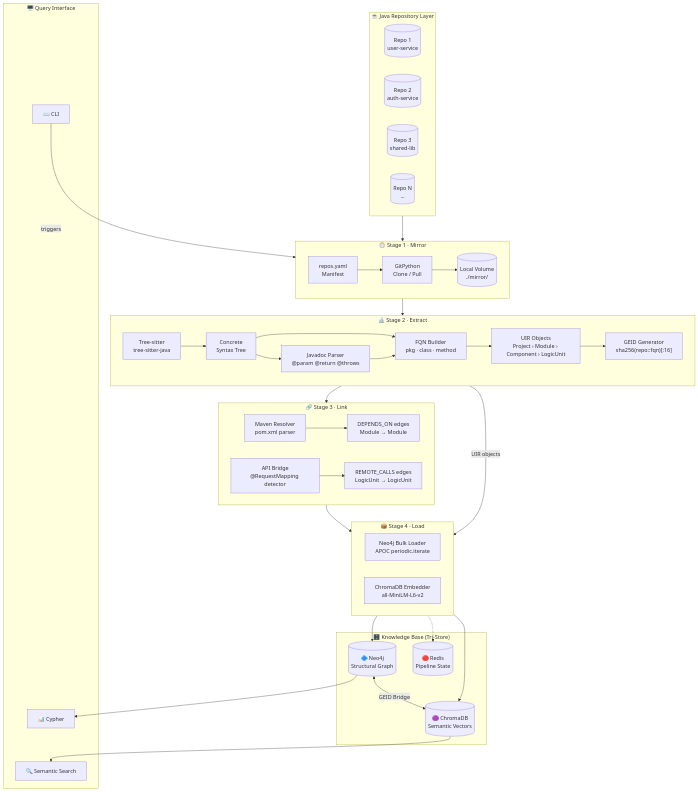
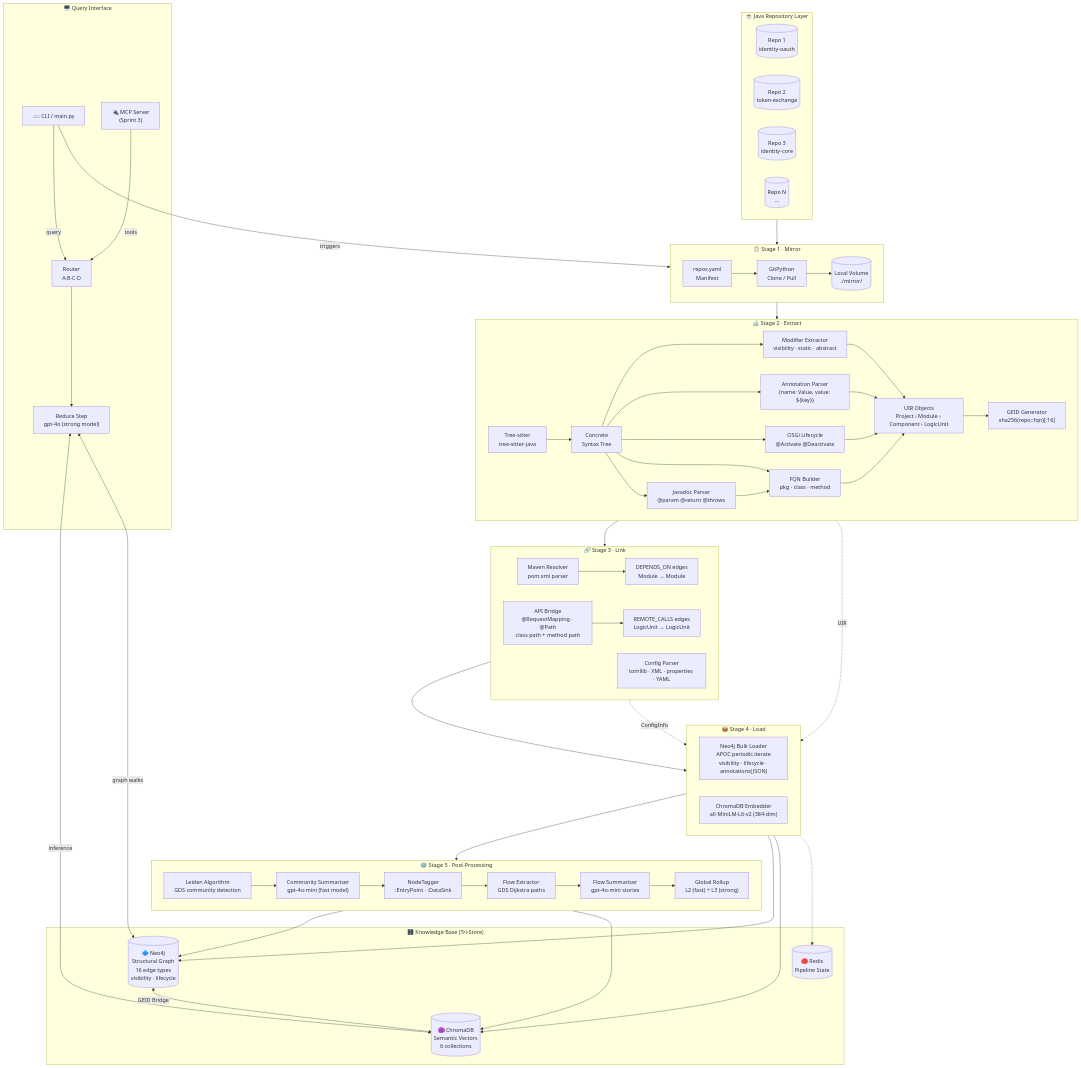
Before and after one commit to Bin4yi/nexus: the diagram in docs/PHASE01_DIAGRAM_EXPLAINED.md, drawn with Mermaid. The commit also changed other lines of this file and 20 other files, not shown here.

````diff
--- a/docs/PHASE01_DIAGRAM_EXPLAINED.md
+++ b/docs/PHASE01_DIAGRAM_EXPLAINED.md
@@ -12,9 +12,9 @@
 flowchart TB
     subgraph SRC ["☕  Java Repository Layer"]
         direction LR
-        R1[("Repo 1\nuser-service")]
-        R2[("Repo 2\nauth-service")]
-        R3[("Repo 3\nshared-lib")]
+        R1[("Repo 1\nidentity-oauth")]
+        R2[("Repo 2\ntoken-exchange")]
+        R3[("Repo 3\nidentity-core")]
         RN[("Repo N\n...")]
     end
 
@@ -29,46 +29,70 @@
         TS["Tree-sitter\ntree-sitter-java"]
         AST["Concrete\nSyntax Tree"]
         JDP["Javadoc Parser\n@param @return @throws"]
+        MOD["Modifier Extractor\nvisibility · static · abstract"]
+        ANN["Annotation Parser\n{name: Value, value: ${key}}"]
+        OSG["OSGi Lifecycle\n@Activate @Deactivate"]
         FQN["FQN Builder\npkg · class · method"]
         UIR["UIR Objects\nProject › Module › Component › LogicUnit"]
         GEID["GEID Generator\nsha256(repo::fqn)[:16]"]
         TS --> AST --> FQN
         AST --> JDP --> FQN
+        AST --> MOD --> UIR
+        AST --> ANN --> UIR
+        AST --> OSG --> UIR
         FQN --> UIR --> GEID
     end
 
     subgraph ST3 ["🔗  Stage 3 · Link"]
         MVN["Maven Resolver\npom.xml parser"]
-        API["API Bridge\n@RequestMapping detector"]
+        API["API Bridge\n@RequestMapping · @Path\nclass path + method path"]
         DEPS["DEPENDS_ON edges\nModule → Module"]
         RCALLS["REMOTE_CALLS edges\nLogicUnit → LogicUnit"]
+        CFG2["Config Parser\ntomllib · XML · properties · YAML"]
         MVN --> DEPS
         API --> RCALLS
     end
 
     subgraph ST4 ["📦  Stage 4 · Load"]
-        NLOAD["Neo4j Bulk Loader\nAPOC periodic.iterate"]
-        CEMB["ChromaDB Embedder\nall-MiniLM-L6-v2"]
+        NLOAD["Neo4j Bulk Loader\nAPOC periodic.iterate\nvisibility · lifecycle · annotations(JSON)"]
+        CEMB["ChromaDB Embedder\nall-MiniLM-L6-v2 (384-dim)"]
+    end
+
+    subgraph ST5 ["⚙️  Stage 5 · Post-Processing"]
+        LEIDEN["Leiden Algorithm\nGDS community detection"]
+        SUM["Community Summariser\ngpt-4o-mini (fast model)"]
+        TAG["NodeTagger\n:EntryPoint · :DataSink"]
+        FLOW["Flow Extractor\nGDS Dijkstra paths"]
+        FSUM["Flow Summariser\ngpt-4o-mini stories"]
+        ROLL["Global Rollup\nL2 (fast) + L3 (strong)"]
+        LEIDEN --> SUM --> TAG --> FLOW --> FSUM --> ROLL
     end
 
     subgraph KB ["🗄️  Knowledge Base  (Tri-Store)"]
-        NEO[("🔷 Neo4j\nStructural Graph")]
-        CHR[("🟣 ChromaDB\nSemantic Vectors")]
+        NEO[("🔷 Neo4j\nStructural Graph\n16 edge types\nvisibility · lifecycle")]
+        CHR[("🟣 ChromaDB\nSemantic Vectors\n6 collections")]
         RED[("🔴 Redis\nPipeline State")]
         NEO <-->|"GEID Bridge"| CHR
     end
 
     subgraph QI ["🖥️  Query Interface"]
-        CLI["⌨️ CLI"]
-        CYP["📊 Cypher"]
-        SEM["🔍 Semantic Search"]
+        CLI["⌨️ CLI / main.py"]
+        MCP["🔌 MCP Server\n(Sprint 3)"]
+        ROUTER["Router\nA·B·C·D"]
+        REDUCE["Reduce Step\ngpt-4o (strong model)"]
     end
 
-    SRC --> ST1 --> ST2 --> ST3 --> ST4
-    ST2 -->|"UIR objects"| ST4
+    SRC --> ST1 --> ST2 --> ST3 --> ST4 --> ST5
+    ST2 -.->|"UIR"| ST4
+    ST3 -.->|"ConfigInfo"| ST4
     ST4 --> NEO & CHR
     ST4 -.-> RED
-    NEO --> CYP
-    CHR --> SEM
+    ST5 --> NEO & CHR
+
     CLI -->|triggers| ST1
+    CLI -->|query| ROUTER
+    MCP -->|tools| ROUTER
+    ROUTER --> REDUCE
+    REDUCE <-->|inference| CHR
+    REDUCE <-->|graph walks| NEO
 ```
````
